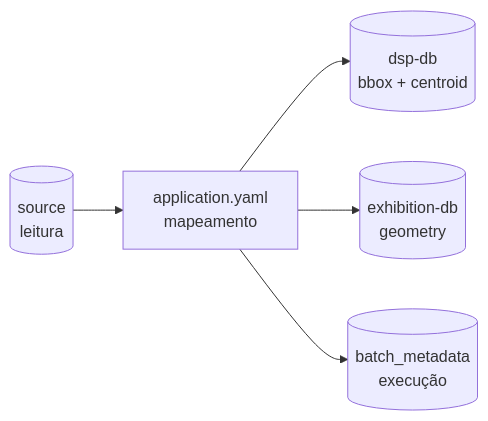
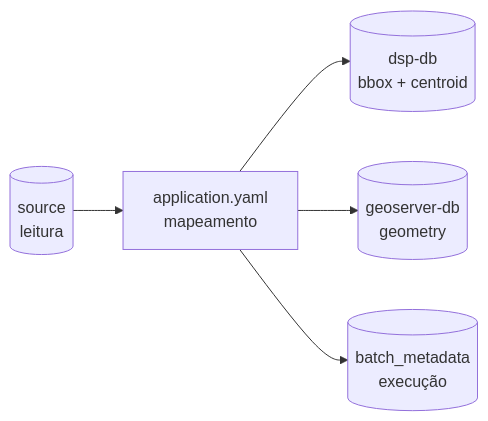
One commit to kleber-albino/rer-dsp-docs changed the first of 2 diagrams in docs/modules/job-data-migration/configuration.md. Above: the diagram before and after it, drawn with Mermaid. The commit also changed other lines of this file and 14 other files, not shown here.

First line of the commit message:
docs: rename ` geoserver-exhibition-db` references to `geoserver-db` across documentation

````diff
--- a/docs/modules/job-data-migration/configuration.md
+++ b/docs/modules/job-data-migration/configuration.md
@@ -108,7 +108,7 @@
 ```mermaid
 flowchart LR
   src[("source<br/>leitura")] --> yaml[application.yaml<br/>mapeamento]
   yaml --> tgt[("dsp-db<br/>bbox + centroid")]
-  yaml --> geo[("exhibition-db<br/>geometry")]
+  yaml --> geo[("geoserver-db<br/>geometry")]
   yaml --> batch[("batch_metadata<br/>execução")]
 ```
````
